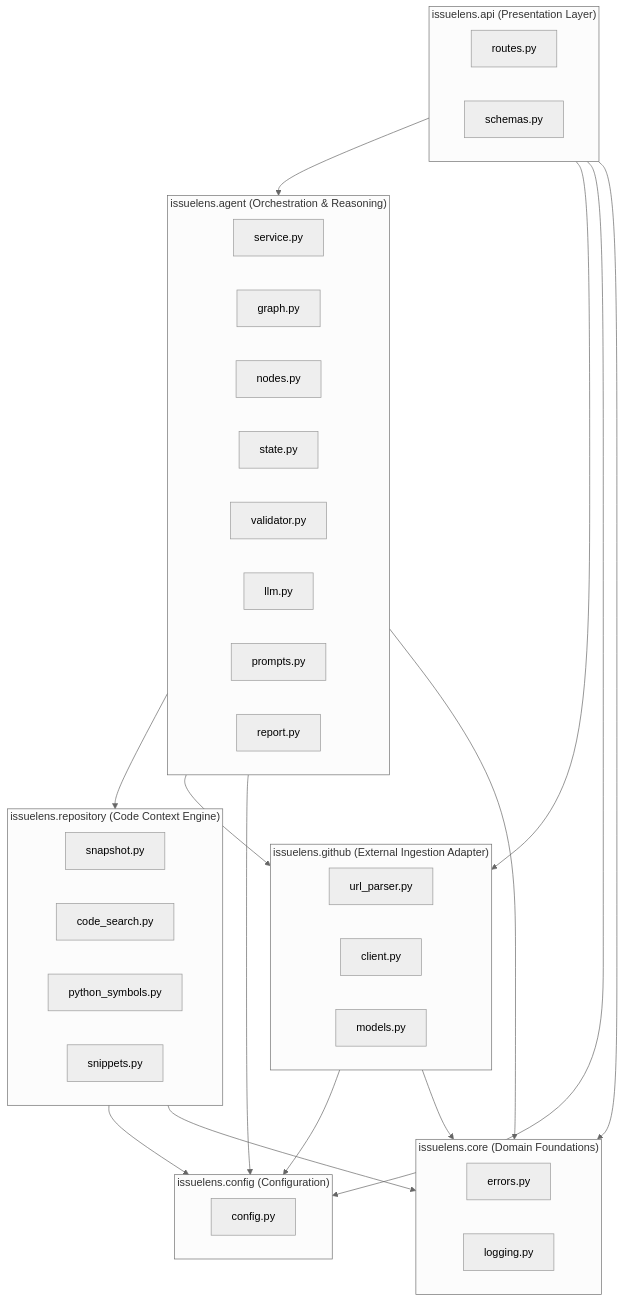
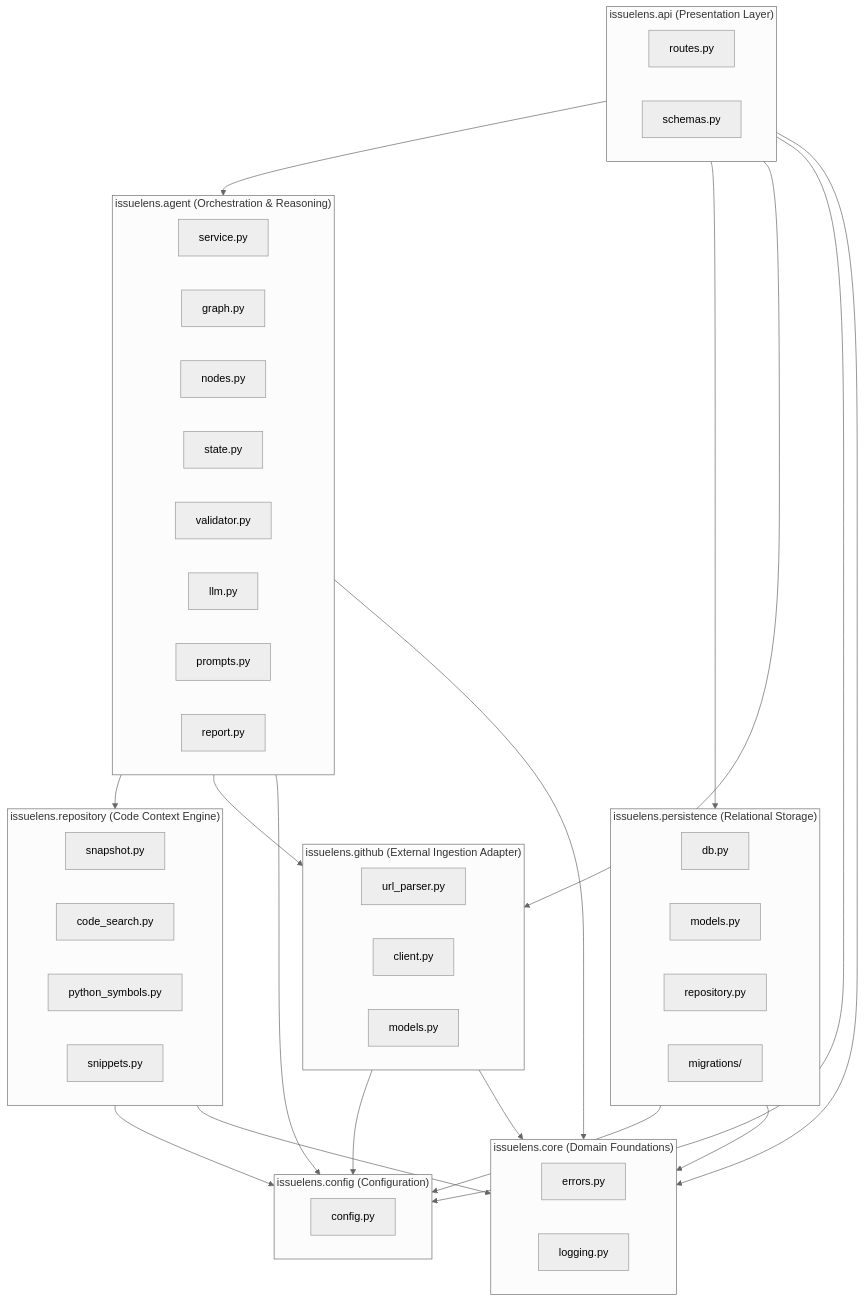
Before and after one commit to vishwaskotegar/Issuelens: the diagram in docs/architecture/codebase-map.md, drawn with Mermaid (neutral theme). The commit also changed other lines of this file and 29 other files, not shown here.

Commit message:
feat(persistence): implement PostgreSQL schema, Alembic migrations, repository pattern, and restart survivability (Phase 6)

````diff
--- a/docs/architecture/codebase-map.md
+++ b/docs/architecture/codebase-map.md
@@ -11,57 +11,68 @@
 ```mermaid
 flowchart TD
     subgraph API["issuelens.api (Presentation Layer)"]
         Routes["routes.py"]
         Schemas["schemas.py"]
+    end
+
+    subgraph Persistence["issuelens.persistence (Relational Storage)"]
+        DB["db.py"]
+        Models["models.py"]
+        Repo["repository.py"]
+        Migrations["migrations/"]
     end
 
     subgraph Agent["issuelens.agent (Orchestration & Reasoning)"]
         Service["service.py"]
         Graph["graph.py"]
         Nodes["nodes.py"]
         State["state.py"]
         Validator["validator.py"]
         LLM["llm.py"]
         Prompts["prompts.py"]
         ReportModels["report.py"]
     end
 
     subgraph Repository["issuelens.repository (Code Context Engine)"]
         Snapshot["snapshot.py"]
         CodeSearch["code_search.py"]
         PythonSymbols["python_symbols.py"]
         Snippets["snippets.py"]
     end
 
     subgraph GitHub["issuelens.github (External Ingestion Adapter)"]
         URLParser["url_parser.py"]
         GitHubClient["client.py"]
         GitHubModels["models.py"]
     end
 
     subgraph Core["issuelens.core (Domain Foundations)"]
         Errors["errors.py"]
         Logging["logging.py"]
     end
 
     subgraph Config["issuelens.config (Configuration)"]
         Settings["config.py"]
     end
 
     %% Dependencies
     API --> Agent
+    API --> Persistence
     API --> GitHub
     API --> Config
     API --> Core
+
+    Persistence --> Config
+    Persistence --> Core
 
     Agent --> Repository
     Agent --> GitHub
     Agent --> Config
     Agent --> Core
 
     Repository --> Config
     Repository --> Core
 
     GitHub --> Config
     GitHub --> Core
 ```
````
